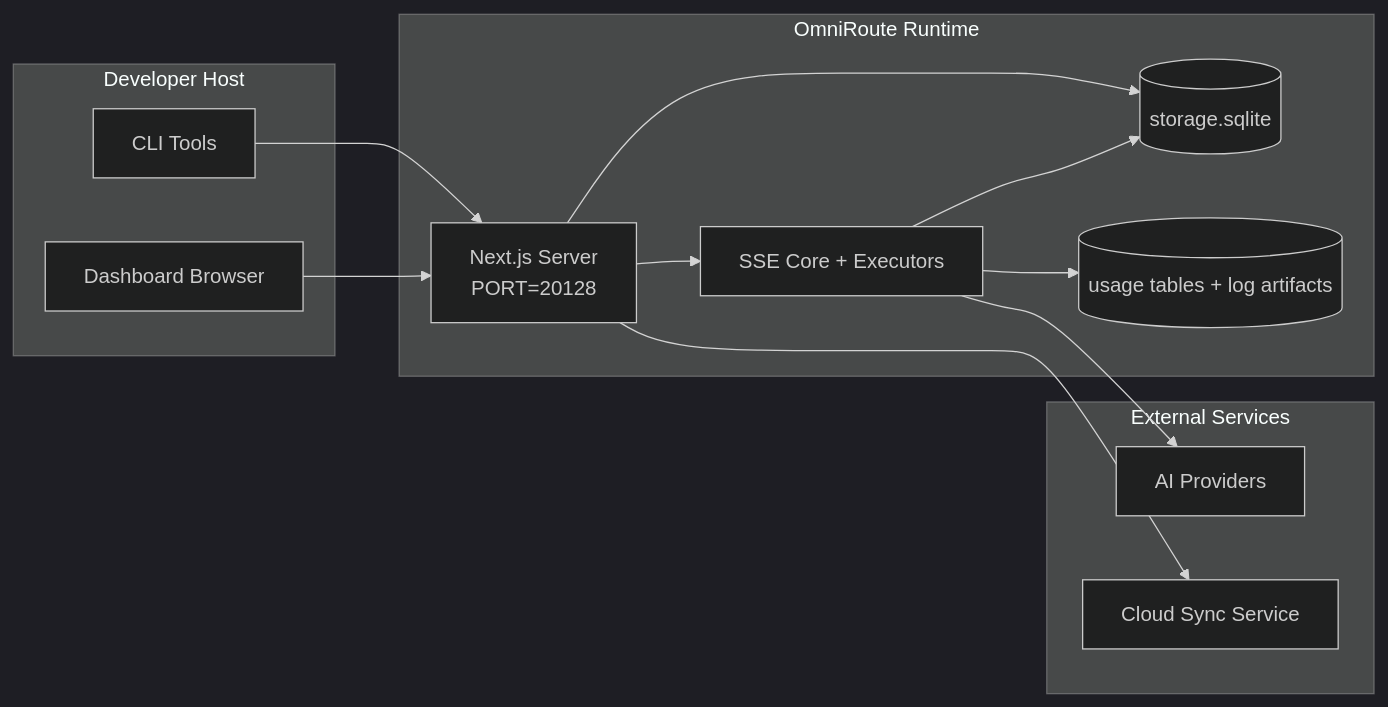
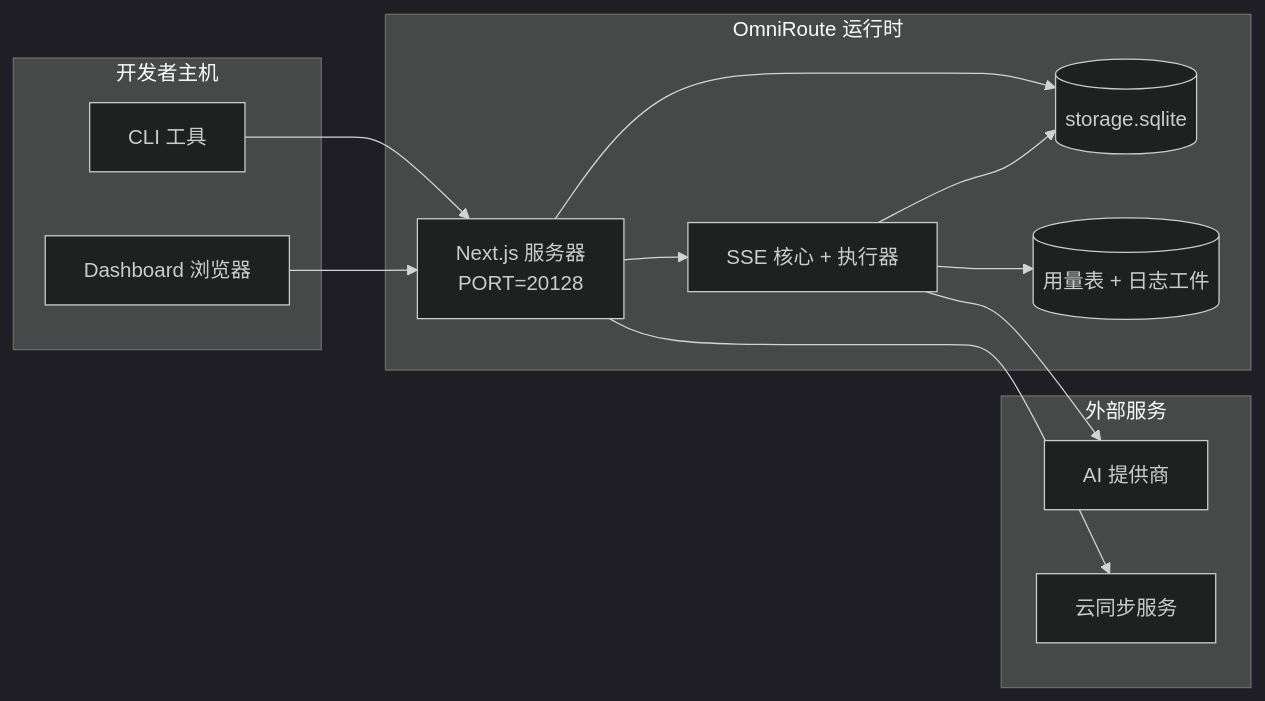
The seventh of 7 diagrams in apps/omniroute/docs/i18n/zh-CN/ARCHITECTURE.md (innotelinc/jesus), drawn with Mermaid (dark theme) before and after one commit. The commit also changed other lines of this file and 14 other files, not shown here.

````diff
--- a/apps/omniroute/docs/i18n/zh-CN/ARCHITECTURE.md
+++ b/apps/omniroute/docs/i18n/zh-CN/ARCHITECTURE.md
@@ -520,28 +537,28 @@
 ```mermaid
 flowchart LR
-    subgraph LocalHost[Developer Host]
-        CLI[CLI Tools]
-        Browser[Dashboard Browser]
+    subgraph LocalHost[开发者主机]
+        CLI[CLI 工具]
+        Browser[Dashboard 浏览器]
     end
 
-    subgraph ContainerOrProcess[OmniRoute Runtime]
-        Next[Next.js Server\nPORT=20128]
-        Core[SSE Core + Executors]
+    subgraph ContainerOrProcess[OmniRoute 运行时]
+        Next[Next.js 服务器\nPORT=20128]
+        Core[SSE 核心 + 执行器]
         MainDB[(storage.sqlite)]
-        UsageDB[(usage tables + log artifacts)]
+        UsageDB[(用量表 + 日志工件)]
     end
 
-    subgraph External[External Services]
-        Providers[AI Providers]
-        SyncCloud[Cloud Sync Service]
+    subgraph External[外部服务]
+        Providers[AI 提供商]
+        SyncCloud[云同步服务]
     end
 
     CLI --> Next
     Browser --> Next
     Next --> Core
     Next --> MainDB
     Core --> MainDB
     Core --> UsageDB
     Core --> Providers
     Next --> SyncCloud
 ```
````
